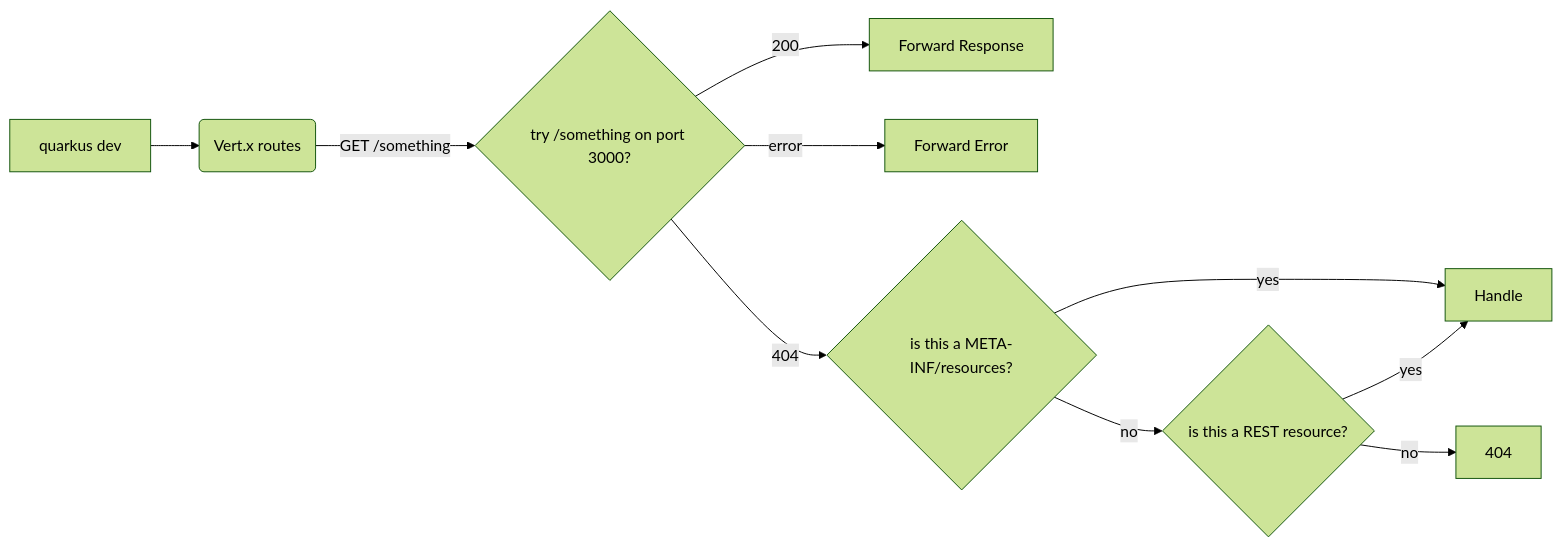
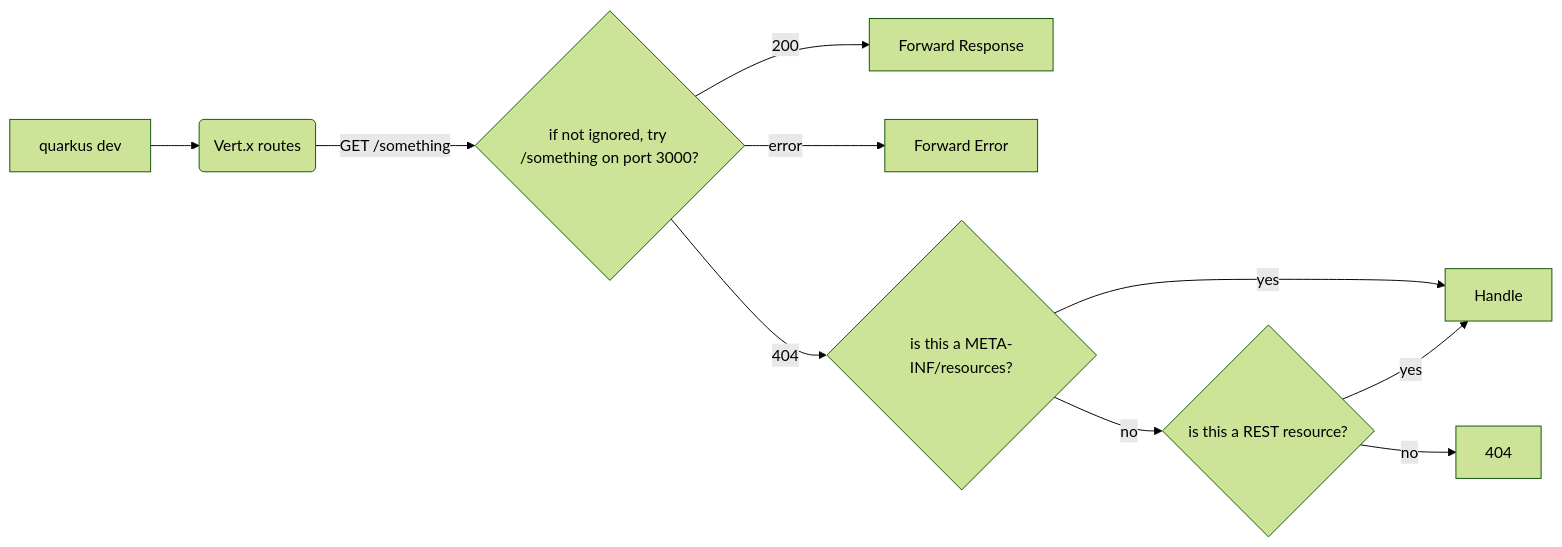
Before and after one commit to khoatt00/quarkus-quinoa: the second of 2 diagrams in docs/modules/ROOT/pages/index.adoc, drawn with Mermaid (forest theme). The commit also changed other lines of this file and 2 other files, not shown here.

```diff
--- a/docs/modules/ROOT/pages/index.adoc
+++ b/docs/modules/ROOT/pages/index.adoc
@@ -41,13 +42,13 @@
 [mermaid]
 ....
 flowchart LR
     dev[quarkus dev] --> vertx(Vert.x routes)
-    vertx -->|GET /something| quinoa{try /something on port 3000?}
+    vertx -->|GET /something| quinoa{if not ignored, try /something on port 3000?}
     quinoa -->|200| forward[Forward Response]
     quinoa -->|error| forward-error[Forward Error]
     quinoa -->|404| static-resources{is this a META-INF/resources?}
     static-resources -->|yes| handle[Serve]
     static-resources -->|no| rest{is this a REST resource?}
     rest -->|yes| handle[Handle]
     rest -->|no| 404[404]
 ....
```
